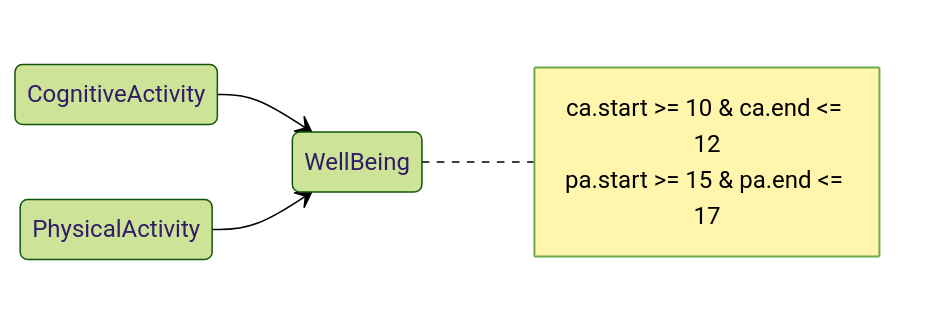
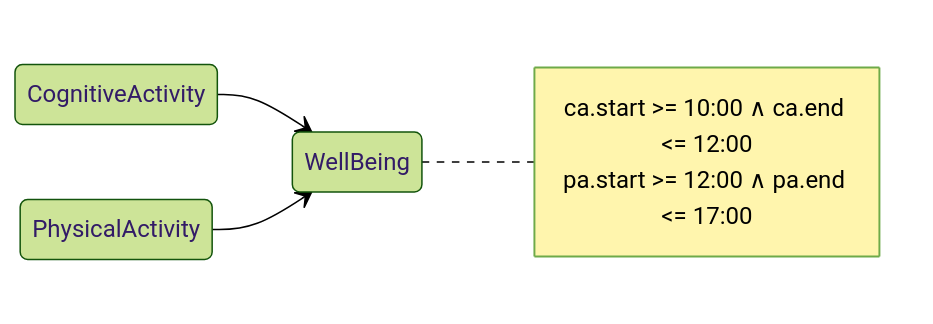
Before and after one commit to pstlab/RESTART: the eighth of 8 diagrams in rules/README.md, drawn with Mermaid (forest theme). The commit also changed other lines of this file, not shown here.

````diff
--- a/rules/README.md
+++ b/rules/README.md
@@ -115,7 +115,10 @@
 ```mermaid
 stateDiagram-v2
     direction LR
     CognitiveActivity --> WellBeing
     PhysicalActivity --> WellBeing
-    Note right of WellBeing: ca.start >= 10 & ca.end <= 12<br/>pa.start >= 15 & pa.end <= 17
+    note right of WellBeing
+        ca.start >= 10:00 #8743; ca.end <= 12:00
+        pa.start >= 12:00 #8743; pa.end <= 17:00
+    end note
 ```
````
